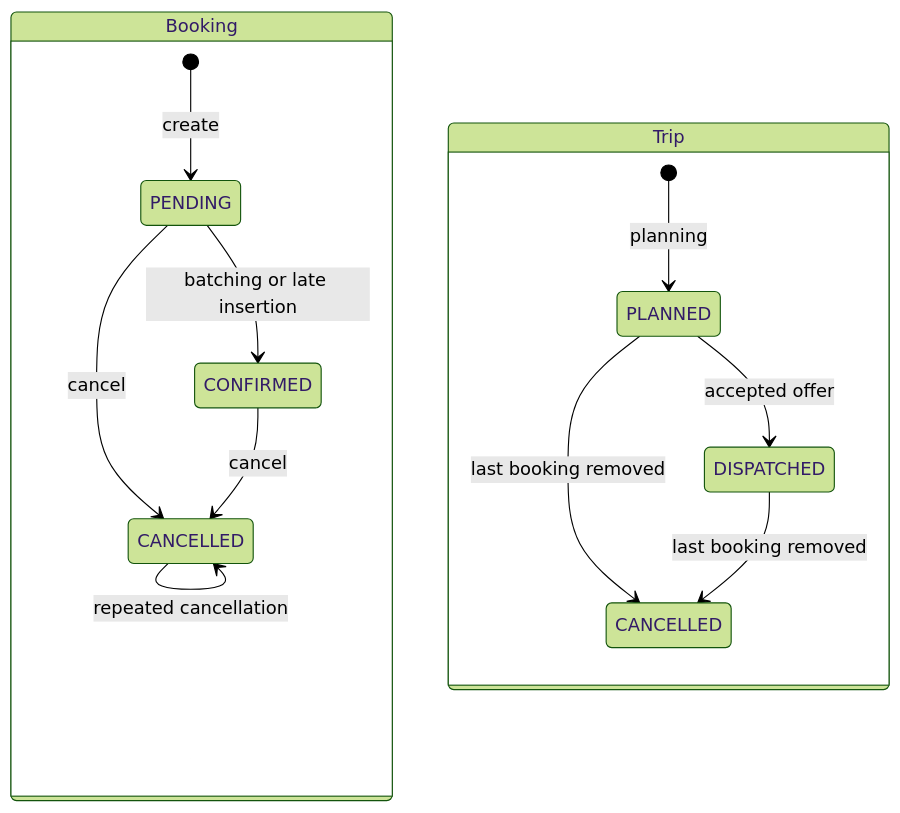
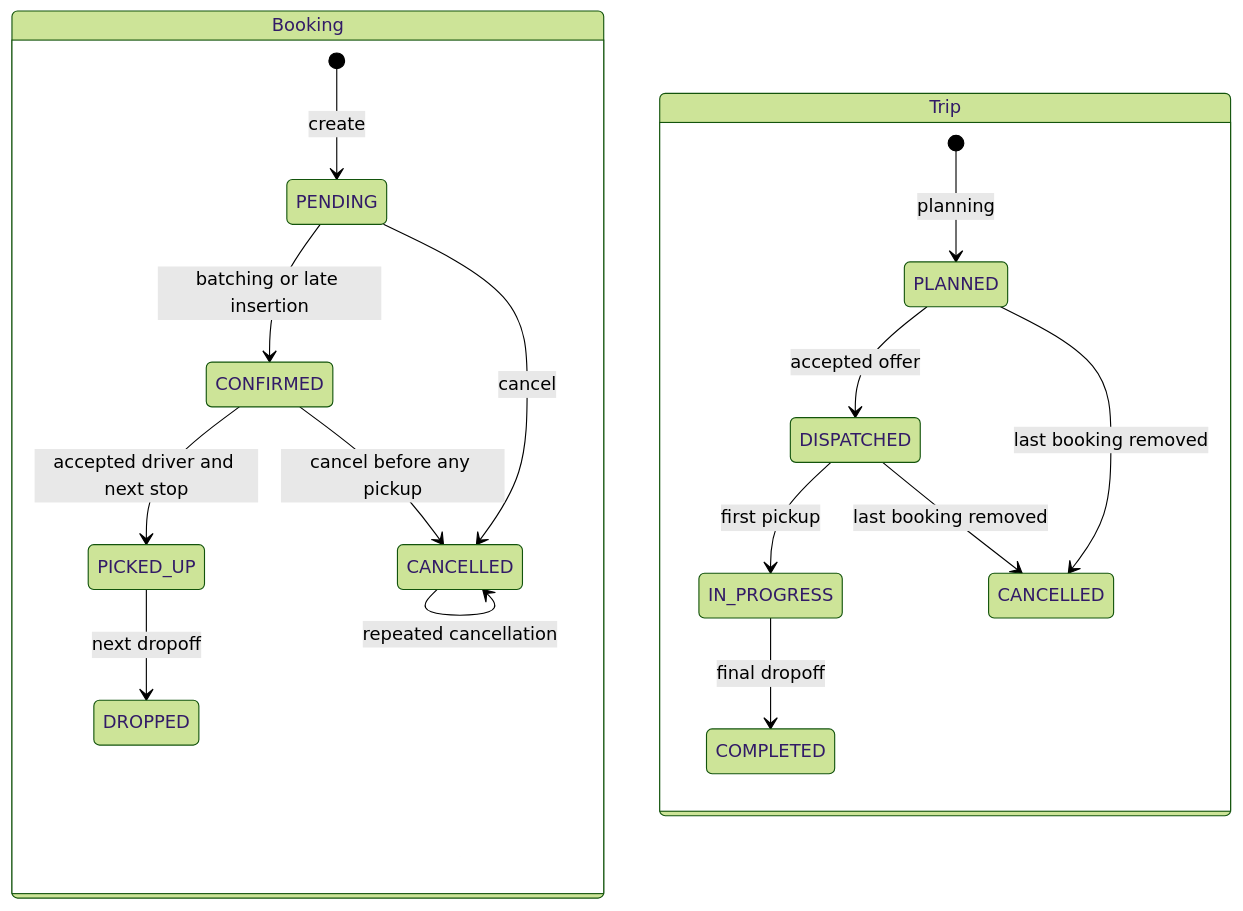
The second of 2 diagrams in docs/domain-model.md (aakash-kr-7/sla-aware-ride-batching), drawn with Mermaid (forest theme) before and after one commit. The commit also changed other lines of this file and 14 other files, not shown here.

````diff
--- a/docs/domain-model.md
+++ b/docs/domain-model.md
@@ -38,17 +38,21 @@
 ```mermaid
 stateDiagram-v2
     state "Booking" as Booking {
         [*] --> PENDING: create
         PENDING --> CONFIRMED: batching or late insertion
         PENDING --> CANCELLED: cancel
-        CONFIRMED --> CANCELLED: cancel
+        CONFIRMED --> PICKED_UP: accepted driver and next stop
+        PICKED_UP --> DROPPED: next dropoff
+        CONFIRMED --> CANCELLED: cancel before any pickup
         CANCELLED --> CANCELLED: repeated cancellation
     }
     state "Trip" as Trip {
         [*] --> PLANNED: planning
         PLANNED --> DISPATCHED: accepted offer
+        DISPATCHED --> IN_PROGRESS: first pickup
+        IN_PROGRESS --> COMPLETED: final dropoff
         PLANNED --> TripCancelled: last booking removed
         DISPATCHED --> TripCancelled: last booking removed
         state "CANCELLED" as TripCancelled
     }
 ```
````
